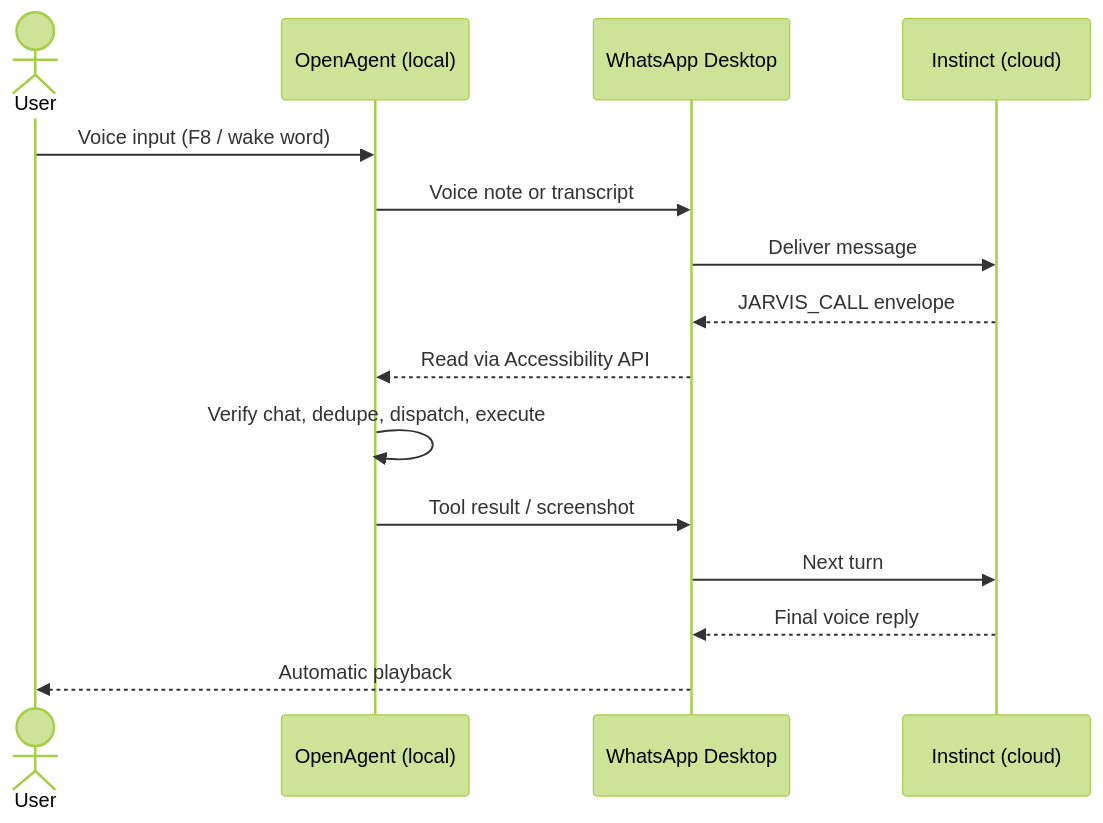
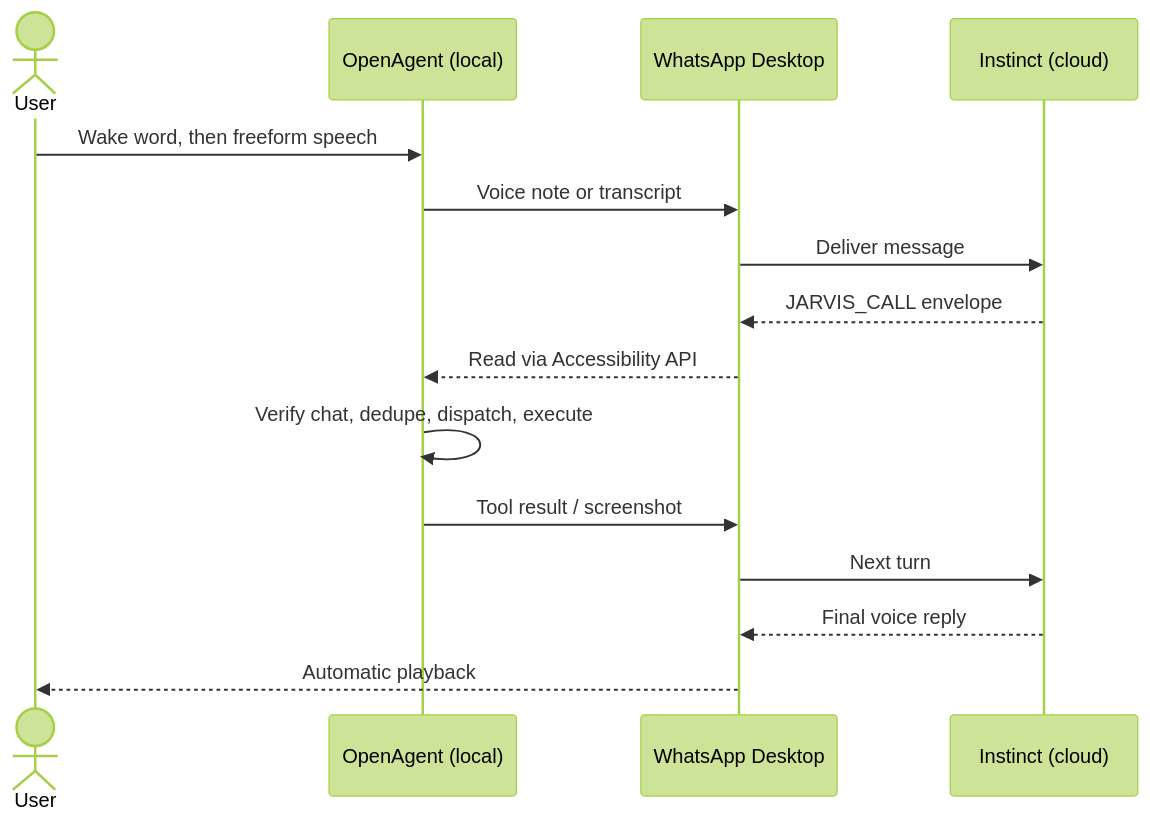
Before and after one commit to GitCoder052023/OpenAgent: the diagram in README.md, drawn with Mermaid (forest theme). The commit also changed other lines of this file, not shown here.

````diff
--- a/README.md
+++ b/README.md
@@ -72,17 +93,17 @@
 ```mermaid
 sequenceDiagram
     actor User
     participant OA as OpenAgent (local)
     participant WA as WhatsApp Desktop
     participant IN as Instinct (cloud)
-    User->>OA: Voice input (F8 / wake word)
+    User->>OA: Wake word, then freeform speech
     OA->>WA: Voice note or transcript
     WA->>IN: Deliver message
     IN-->>WA: JARVIS_CALL envelope
     WA-->>OA: Read via Accessibility API
     OA->>OA: Verify chat, dedupe, dispatch, execute
     OA->>WA: Tool result / screenshot
     WA->>IN: Next turn
     IN-->>WA: Final voice reply
     WA-->>User: Automatic playback
 ```
````
